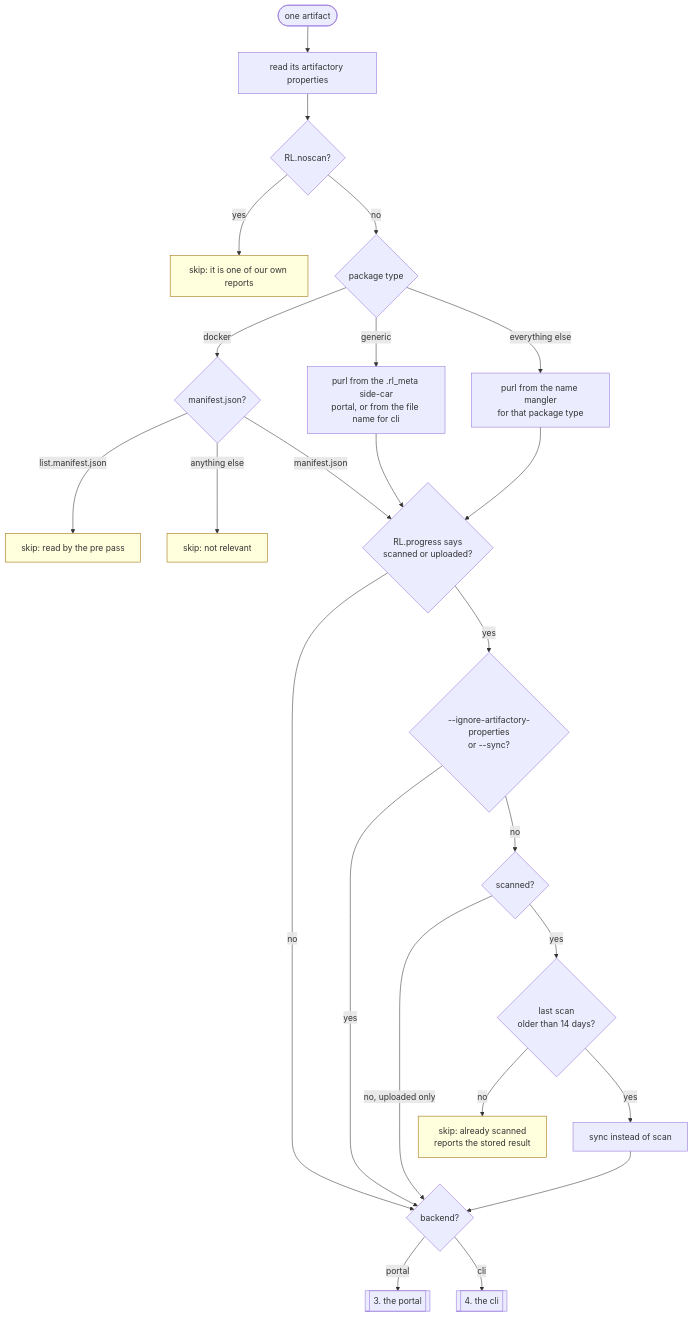
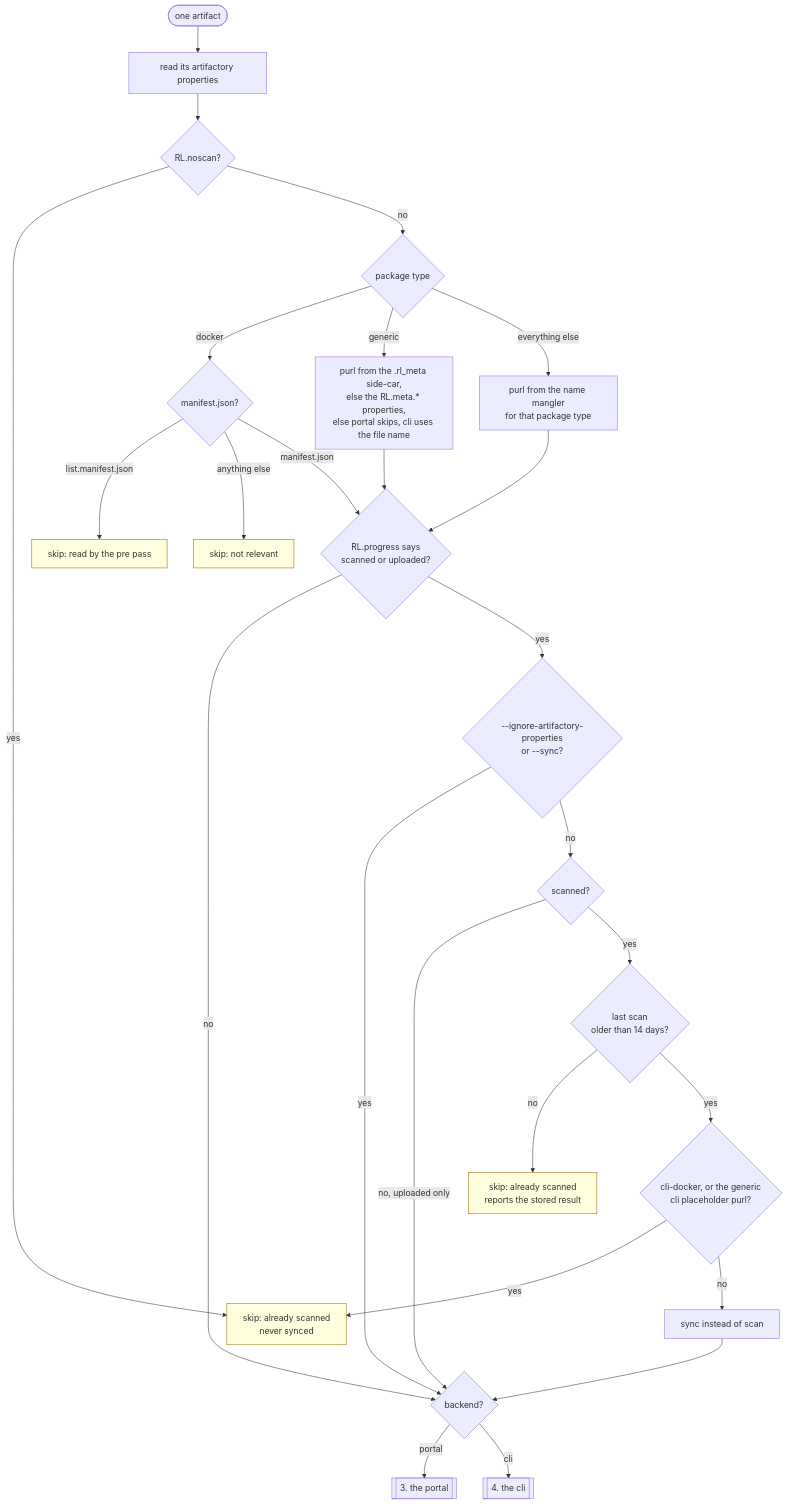
Before and after one commit to reversinglabs/rl-scan-artifactory: the second of 4 diagrams in doc/FLOW.md, drawn with Mermaid. The commit also changed other lines of this file and 39 other files, not shown here.

````diff
--- a/doc/FLOW.md
+++ b/doc/FLOW.md
@@ -69,33 +73,35 @@
 ```mermaid
 flowchart TD
     start([one artifact]) --> props[read its artifactory properties]
     props --> noscan{RL.noscan?}
     noscan -- yes --> skipn[skip: it is one of our own reports]:::skip
     noscan -- no --> type{package type}
 
     type -- "docker" --> d1{manifest.json?}
     d1 -- "list.manifest.json" --> skipl[skip: read by the pre pass]:::skip
     d1 -- "anything else" --> skipo[skip: not relevant]:::skip
     d1 -- "manifest.json" --> earlier
 
-    type -- "generic" --> g1[purl from the .rl_meta side-car<br/>portal, or from the file name for cli]
+    type -- "generic" --> g1[purl from the .rl_meta side-car,<br/>else the RL.meta.* properties,<br/>else portal skips, cli uses the file name]
     g1 --> earlier
     type -- "everything else" --> n1[purl from the name mangler<br/>for that package type]
     n1 --> earlier
 
     earlier{RL.progress says<br/>scanned or uploaded?} -- no --> go
     earlier -- yes --> ignore{--ignore-artifactory-properties<br/>or --sync?}
     ignore -- yes --> go
     ignore -- no --> scanned{scanned?}
     scanned -- "no, uploaded only" --> go
     scanned -- yes --> stale{last scan<br/>older than 14 days?}
     stale -- no --> skipa[skip: already scanned<br/>reports the stored result]:::skip
-    stale -- yes --> sync[sync instead of scan]
+    stale -- yes --> nosync{cli-docker, or the generic<br/>cli placeholder purl?}
+    nosync -- yes --> skipn[skip: already scanned<br/>never synced]:::skip
+    nosync -- no --> sync[sync instead of scan]
     sync --> go
 
     go{backend?}
     go -- portal --> p[["3. the portal"]]
     go -- cli --> c[["4. the cli"]]
 
     classDef skip fill:#ffd,stroke:#960
 ```
````
